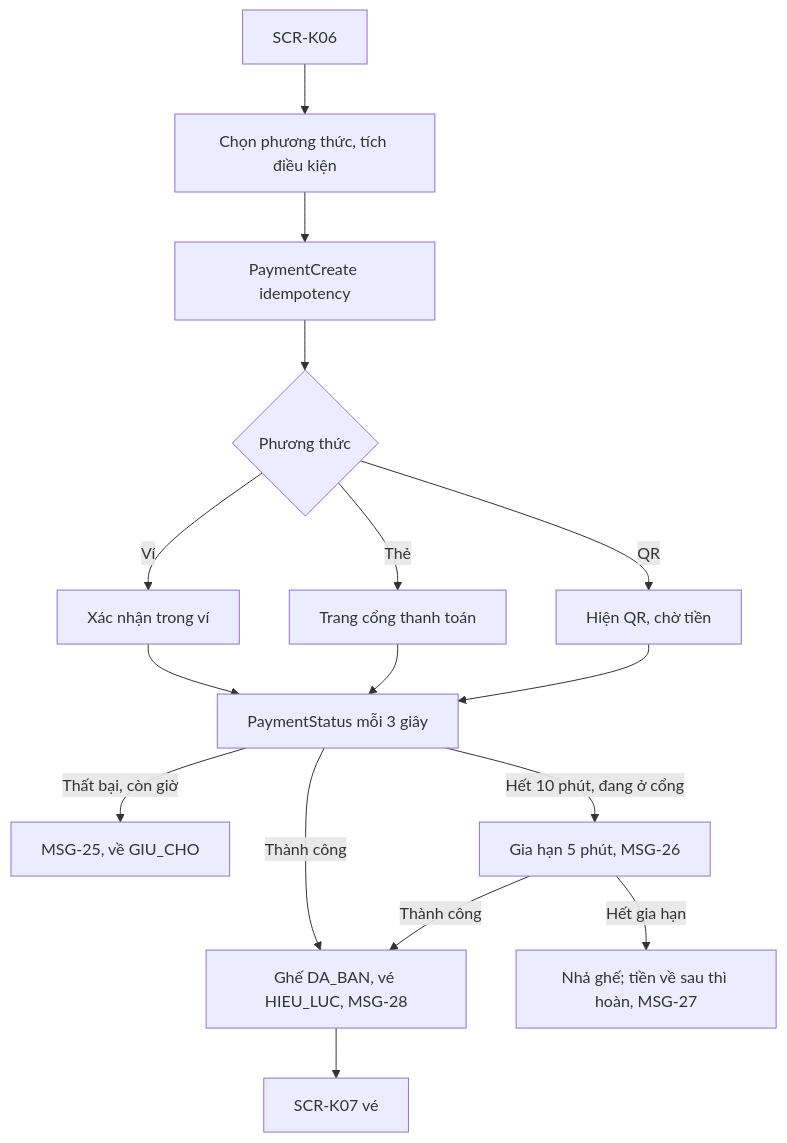
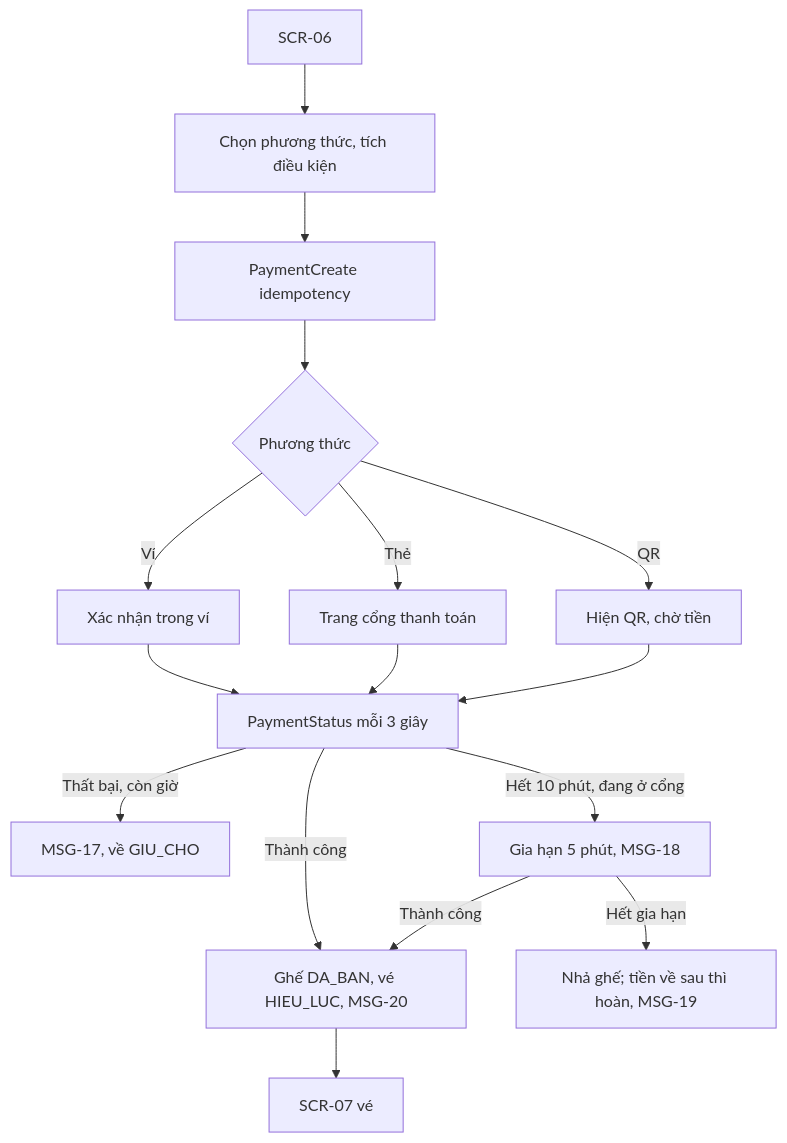
One commit to uxfoundation-vn/de08-dat-ve-xem-phim changed the ninth of 15 diagrams in docs/SRS.md. Above: the diagram before and after it, drawn with Mermaid. The commit also changed other lines of this file and 2 other files, not shown here.

````diff
--- a/docs/SRS.md
+++ b/docs/SRS.md
@@ -550,18 +397,18 @@
 ```mermaid
 flowchart TD
-  A["SCR-K06"] --> B["Chọn phương thức, tích điều kiện"]
+  A["SCR-06"] --> B["Chọn phương thức, tích điều kiện"]
   B --> C["PaymentCreate idempotency"]
   C --> D{"Phương thức"}
   D -->|Ví| E["Xác nhận trong ví"]
   D -->|Thẻ| F["Trang cổng thanh toán"]
   D -->|QR| G["Hiện QR, chờ tiền"]
   E --> H["PaymentStatus mỗi 3 giây"]
   F --> H
   G --> H
-  H -->|Thành công| I["Ghế DA_BAN, vé HIEU_LUC, MSG-28"]
-  H -->|Thất bại, còn giờ| J["MSG-25, về GIU_CHO"]
-  H -->|Hết 10 phút, đang ở cổng| K["Gia hạn 5 phút, MSG-26"]
+  H -->|Thành công| I["Ghế DA_BAN, vé HIEU_LUC, MSG-20"]
+  H -->|Thất bại, còn giờ| J["MSG-17, về GIU_CHO"]
+  H -->|Hết 10 phút, đang ở cổng| K["Gia hạn 5 phút, MSG-18"]
   K -->|Thành công| I
-  K -->|Hết gia hạn| L["Nhả ghế; tiền về sau thì hoàn, MSG-27"]
-  I --> M["SCR-K07 vé"]
+  K -->|Hết gia hạn| L["Nhả ghế; tiền về sau thì hoàn, MSG-19"]
+  I --> M["SCR-07 vé"]
 ```
````
